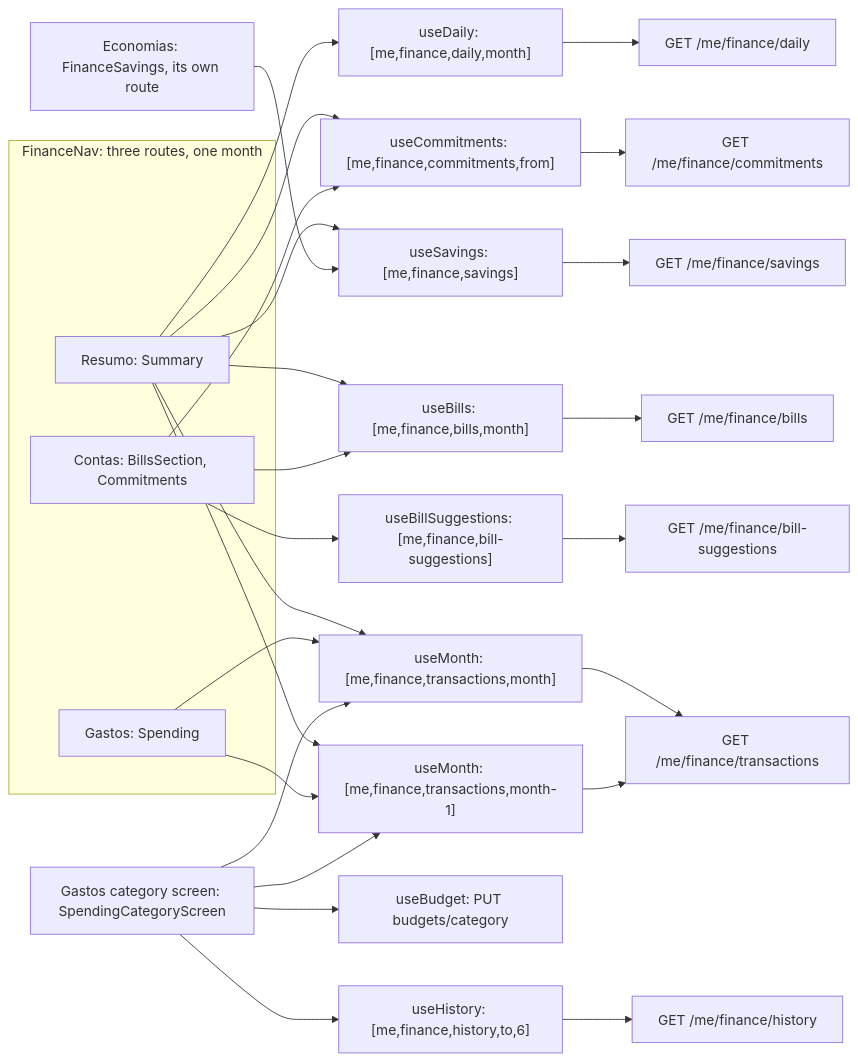
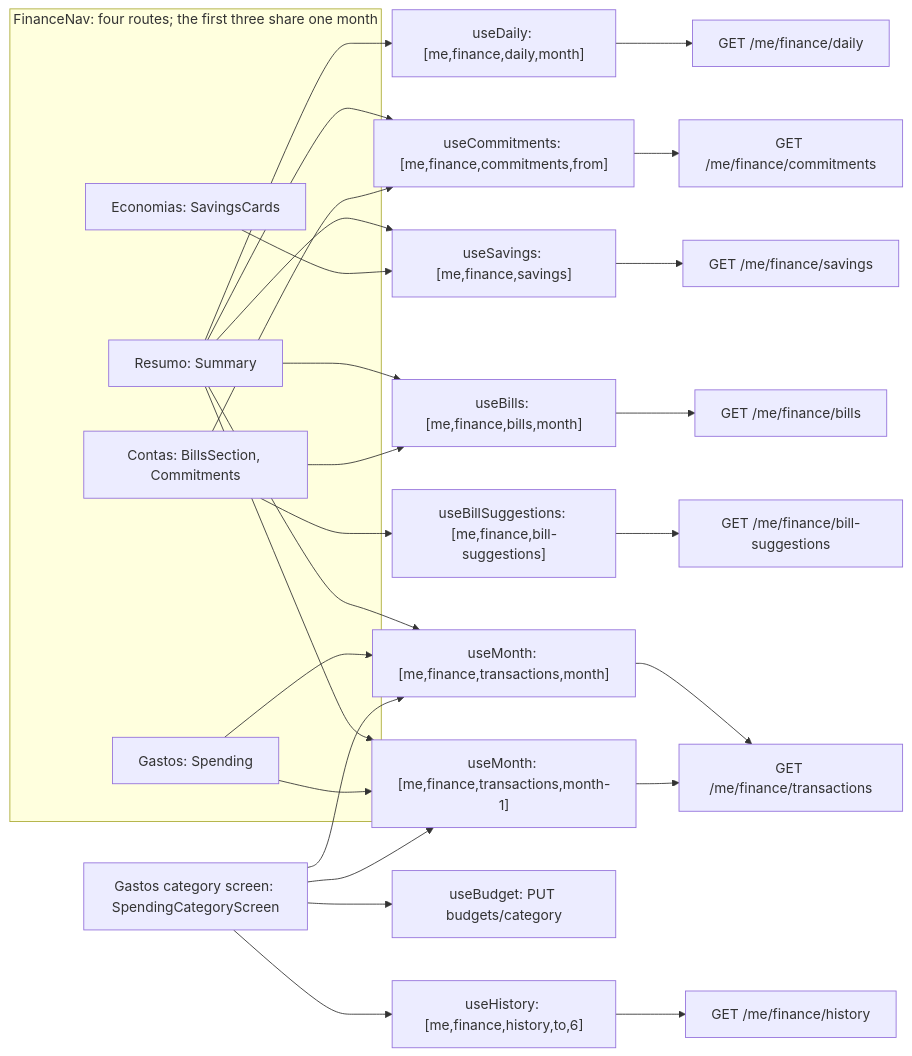
The tenth of 13 diagrams in docs/architecture/web.md (AbnerWillclefy/Homeowner), drawn with Mermaid before and after one commit. The commit also changed other lines of this file, not shown here.

Commit message:
docs(finance): describe the Economias tab, the Source rename and the saving type in the PWA

````diff
--- a/docs/architecture/web.md
+++ b/docs/architecture/web.md
@@ -578,32 +575,33 @@
 ```mermaid
 flowchart LR
-    subgraph views["FinanceNav: three routes, one month"]
+    subgraph views["FinanceNav: four routes; the first three share one month"]
         RES["Resumo: Summary"]
         GAS["Gastos: Spending"]
         CON["Contas: BillsSection, Commitments"]
+        ECO["Economias: SavingsCards"]
     end
     RES --> M["useMonth: [me,finance,transactions,month]"]
     RES --> MP["useMonth: [me,finance,transactions,month-1]"]
     RES --> B["useBills: [me,finance,bills,month]"]
     RES --> C["useCommitments: [me,finance,commitments,from]"]
     RES --> D["useDaily: [me,finance,daily,month]"]
     RES --> SV["useSavings: [me,finance,savings]"]
-    ECO["Economias: FinanceSavings, its own route"] --> SV
+    ECO --> SV
     GAS --> M
     GAS --> MP
     CAT["Gastos category screen: SpendingCategoryScreen"] --> M
     CAT --> MP
     CAT --> H["useHistory: [me,finance,history,to,6]"]
     CAT --> BU["useBudget: PUT budgets/category"]
     CON --> B
     CON --> S["useBillSuggestions: [me,finance,bill-suggestions]"]
     CON --> C
     M --> API1["GET /me/finance/transactions"]
     MP --> API1
     B --> API2["GET /me/finance/bills"]
     C --> API3["GET /me/finance/commitments"]
     D --> API4["GET /me/finance/daily"]
     H --> API5["GET /me/finance/history"]
     S --> API6["GET /me/finance/bill-suggestions"]
     SV --> API7["GET /me/finance/savings"]
 ```
````
